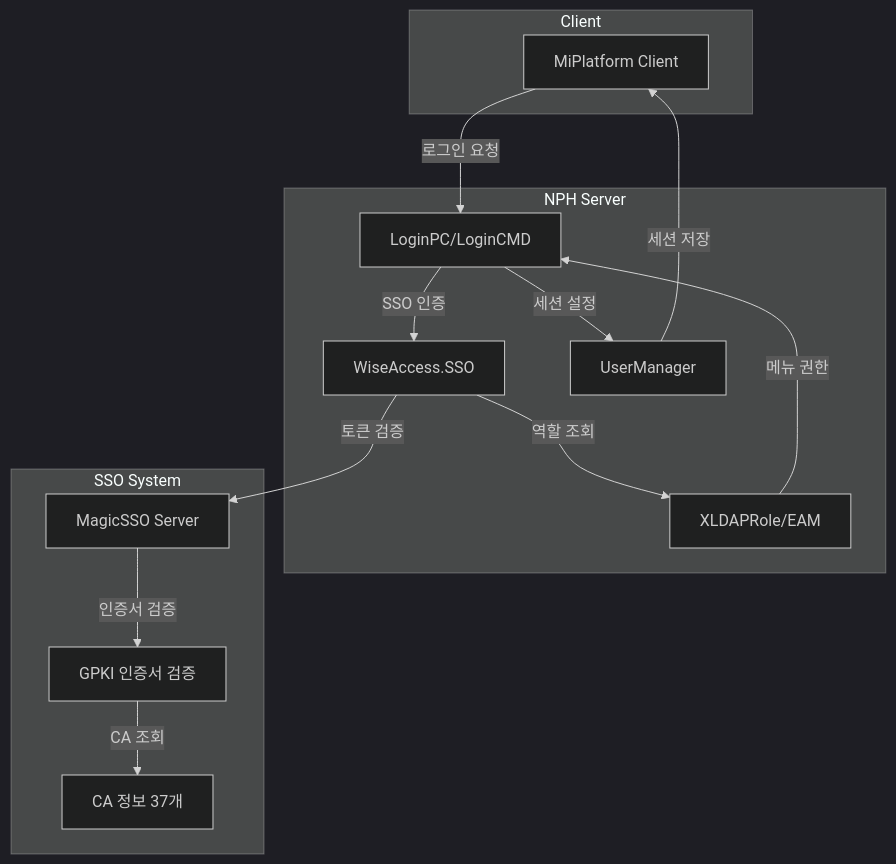
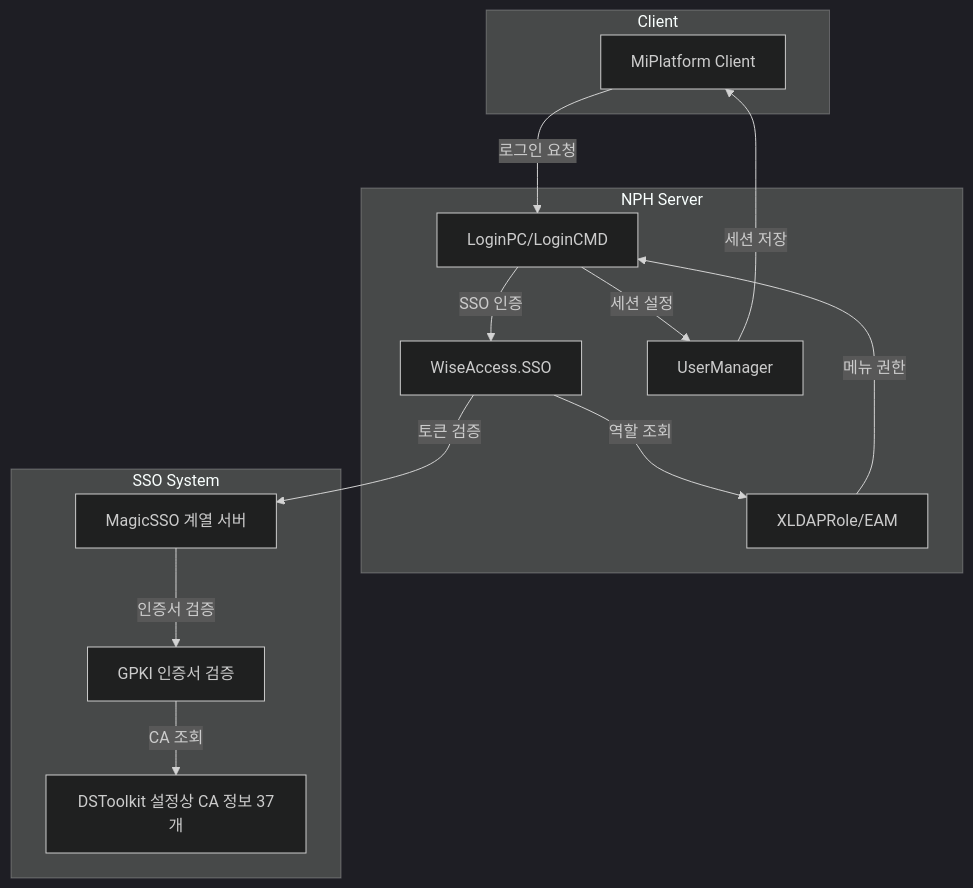
One commit to forsylph/nph changed the first of 2 diagrams in 03.analysis_results/033.platform-services/0331.security-auth/B.MagicSSO-인증흐름.md. Above: the diagram before and after it, drawn with Mermaid (dark theme). The commit also changed other lines of this file and 9 other files, not shown here.

````diff
--- a/03.analysis_results/033.platform-services/0331.security-auth/B.MagicSSO-인증흐름.md
+++ b/03.analysis_results/033.platform-services/0331.security-auth/B.MagicSSO-인증흐름.md
@@ -38,29 +38,29 @@
 ```mermaid
 flowchart TB
     subgraph Client
         UI[MiPlatform Client]
     end
 
     subgraph NPH Server
         Login[LoginPC/LoginCMD]
         SSO[WiseAccess.SSO]
         EAM[XLDAPRole/EAM]
         UserManager[UserManager]
     end
 
     subgraph SSO System
-        MagicSSO[MagicSSO Server]
+        MagicSSO[MagicSSO 계열 서버]
         GPKI[GPKI 인증서 검증]
-        CA[CA 정보 37개]
+        CA[DSToolkit 설정상 CA 정보 37개]
     end
 
     UI --> |로그인 요청| Login
     Login --> |SSO 인증| SSO
     SSO --> |토큰 검증| MagicSSO
     MagicSSO --> |인증서 검증| GPKI
     GPKI --> |CA 조회| CA
     SSO --> |역할 조회| EAM
     EAM --> |메뉴 권한| Login
     Login --> |세션 설정| UserManager
     UserManager --> |세션 저장| UI
 ```
````
